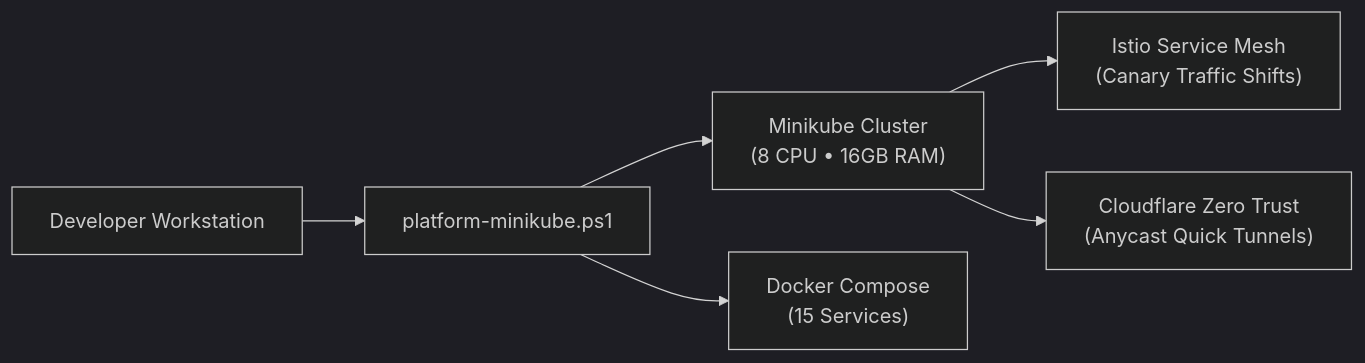
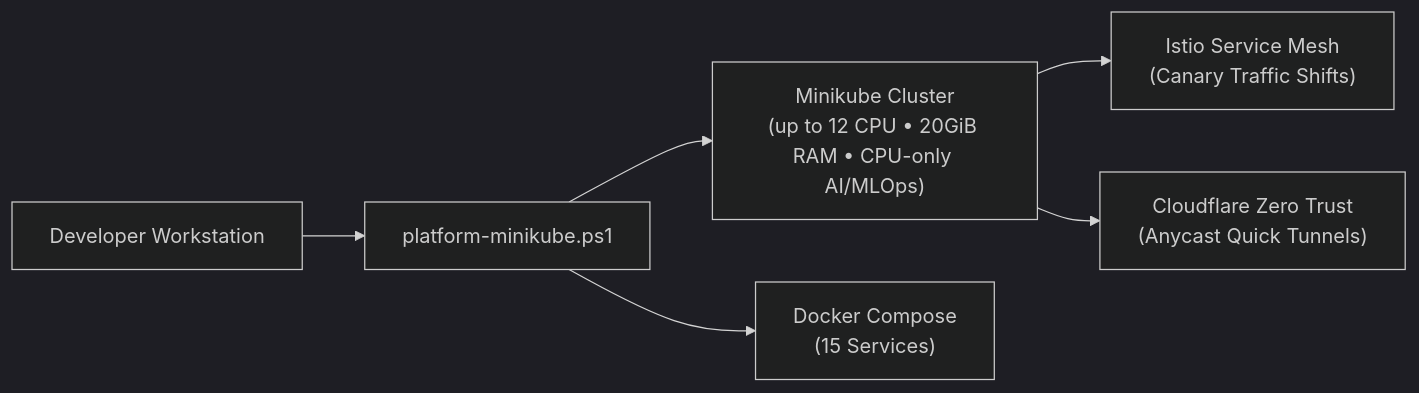
One commit to GeorgeGxx/microservices-architecture changed the diagram in docs/02-operations/README.md. Above: the diagram before and after it, drawn with Mermaid (dark theme). The commit also changed 11 other files, not shown here.

Commit message:
Right-size Minikube CPU capacity

````diff
--- a/docs/02-operations/README.md
+++ b/docs/02-operations/README.md
@@ -12,8 +12,8 @@
 ```mermaid
 flowchart LR
     DEV["Developer Workstation"] --> CLI["platform-minikube.ps1"]
-    CLI --> MINIKUBE["Minikube Cluster<br/>(8 CPU • 16GB RAM)"]
+    CLI --> MINIKUBE["Minikube Cluster<br/>(up to 12 CPU • 20GiB RAM • CPU-only AI/MLOps)"]
     CLI --> COMPOSE["Docker Compose<br/>(15 Services)"]
     MINIKUBE --> ISTIO["Istio Service Mesh<br/>(Canary Traffic Shifts)"]
     MINIKUBE --> CF["Cloudflare Zero Trust<br/>(Anycast Quick Tunnels)"]
 ```
````
